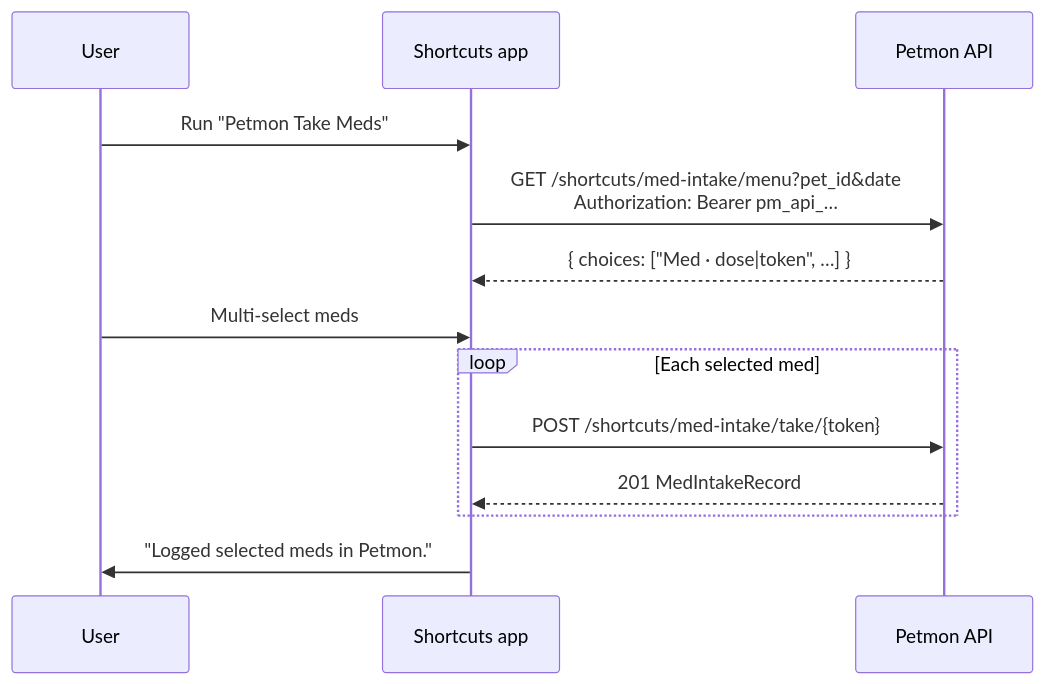
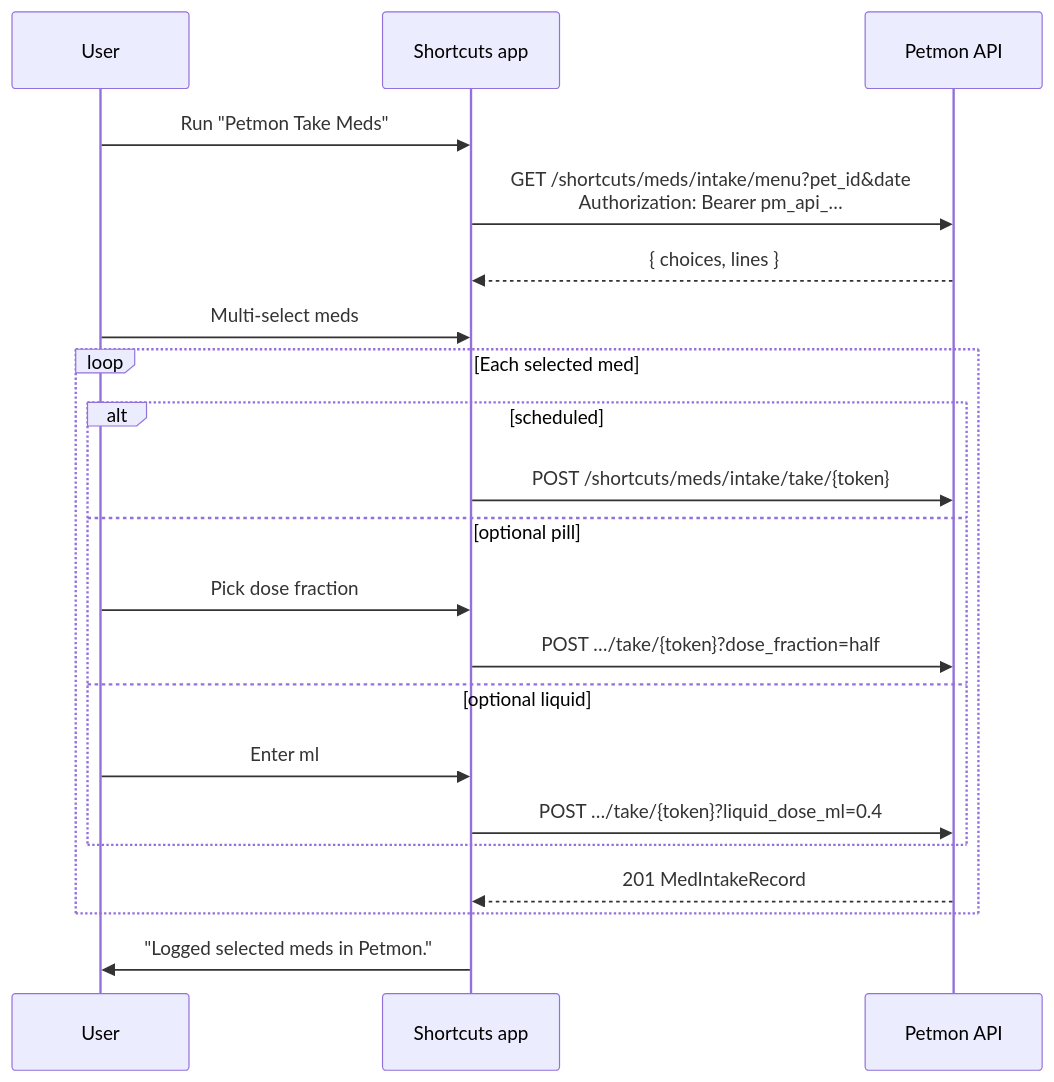
The diagram in docs/apple-shortcut-med-intake.md (j0rsa/petmon), drawn with Mermaid before and after one commit. The commit also changed other lines of this file and 30 other files, not shown here.

First line of the commit message:
feat: AutoMate med intake flow and shortcut optional-dose support

````diff
--- a/docs/apple-shortcut-med-intake.md
+++ b/docs/apple-shortcut-med-intake.md
@@ -9,16 +9,24 @@
 ```mermaid
 sequenceDiagram
   participant User
   participant Shortcuts as Shortcuts app
   participant API as Petmon API
 
   User->>Shortcuts: Run "Petmon Take Meds"
-  Shortcuts->>API: GET /shortcuts/med-intake/menu?pet_id&date<br/>Authorization: Bearer pm_api_…
-  API-->>Shortcuts: { choices: ["Med · dose|token", …] }
+  Shortcuts->>API: GET /shortcuts/meds/intake/menu?pet_id&date<br/>Authorization: Bearer pm_api_…
+  API-->>Shortcuts: { choices, lines }
   User->>Shortcuts: Multi-select meds
   loop Each selected med
-    Shortcuts->>API: POST /shortcuts/med-intake/take/{token}
+    alt scheduled
+      Shortcuts->>API: POST /shortcuts/meds/intake/take/{token}
+    else optional pill
+      User->>Shortcuts: Pick dose fraction
+      Shortcuts->>API: POST …/take/{token}?dose_fraction=half
+    else optional liquid
+      User->>Shortcuts: Enter ml
+      Shortcuts->>API: POST …/take/{token}?liquid_dose_ml=0.4
+    end
     API-->>Shortcuts: 201 MedIntakeRecord
   end
   Shortcuts->>User: "Logged selected meds in Petmon."
 ```
````
